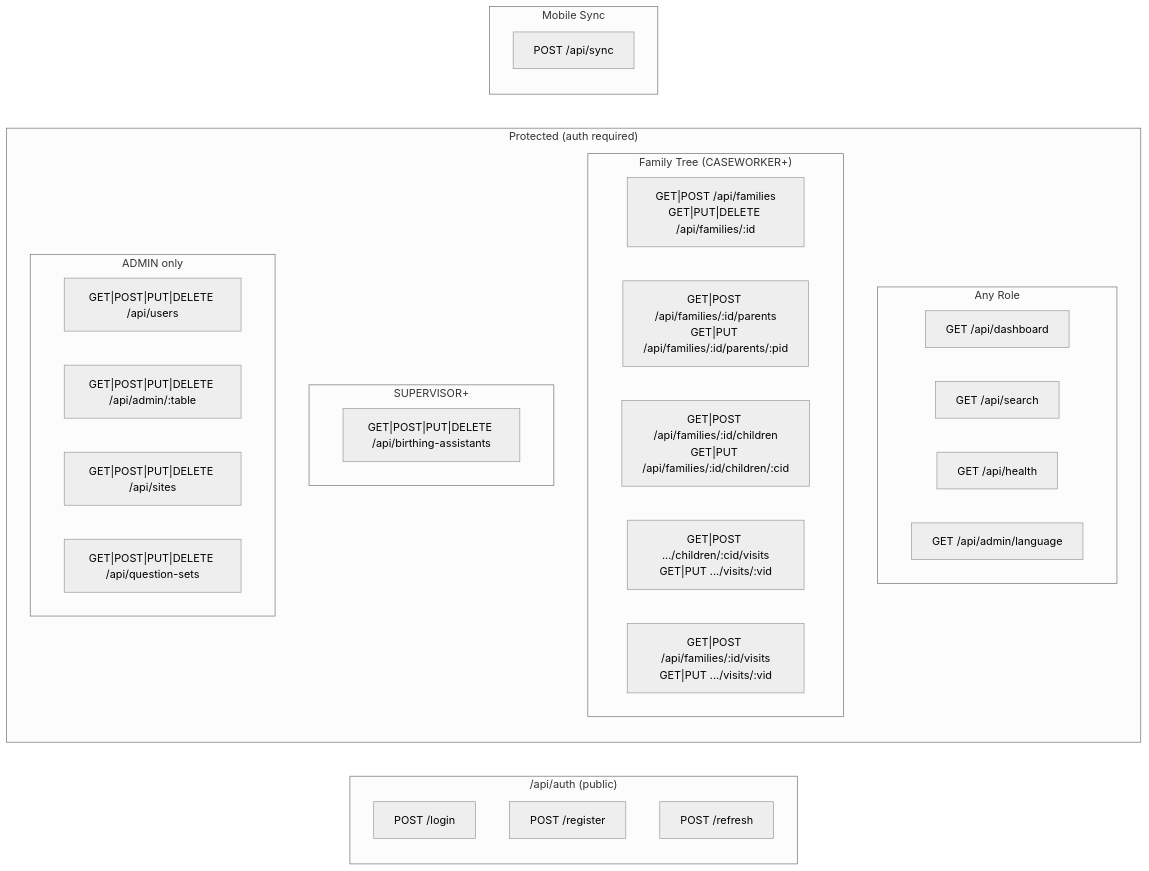
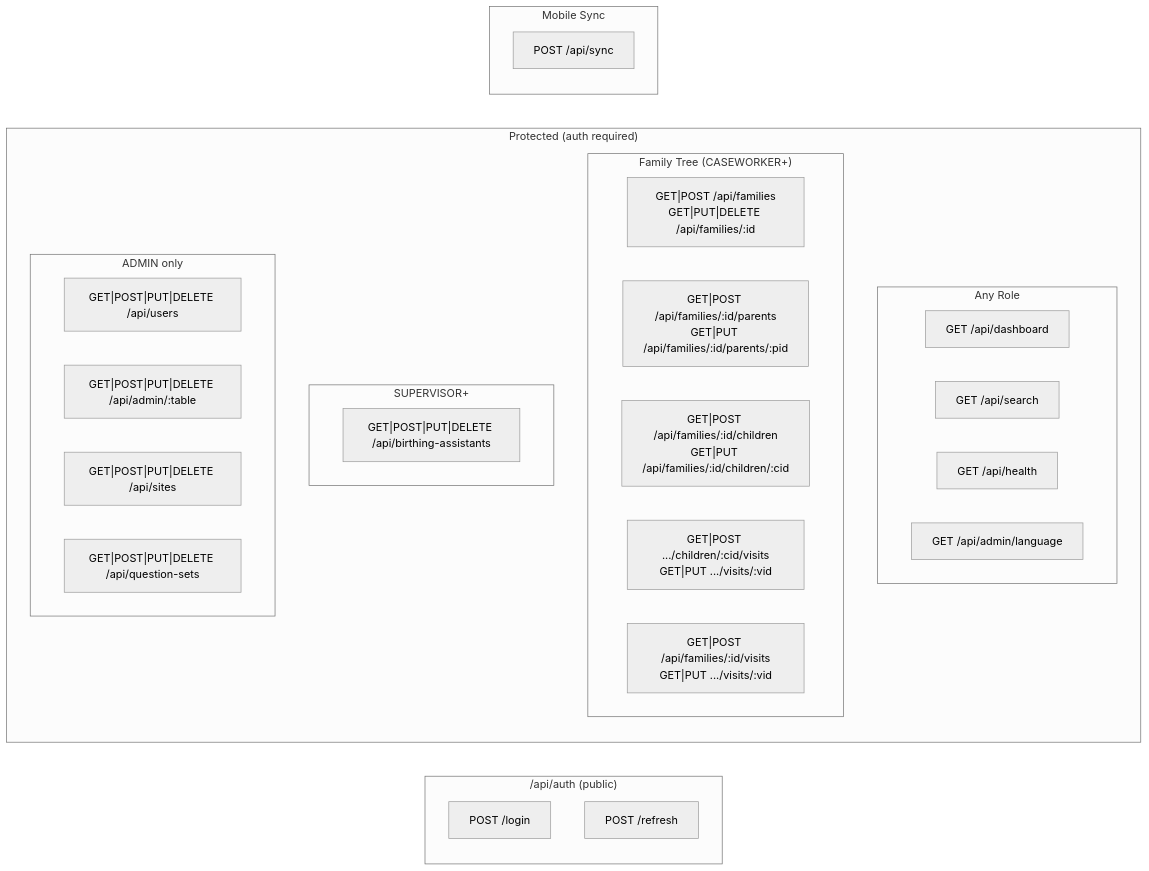
Before and after one commit to the-humble-village/naru_website: the fourth of 10 diagrams in ARCHITECTURE.md, drawn with Mermaid (neutral theme). The commit also changed 8 other files, not shown here.

````diff
--- a/ARCHITECTURE.md
+++ b/ARCHITECTURE.md
@@ -127,40 +127,39 @@
 ```mermaid
 graph LR
     subgraph Public["/api/auth (public)"]
         Login["POST /login"]
-        Register["POST /register"]
         Refresh["POST /refresh"]
     end
 
     subgraph Protected["Protected (auth required)"]
         subgraph AnyRole["Any Role"]
             Dashboard["GET /api/dashboard"]
             Search["GET /api/search"]
             Health["GET /api/health"]
             Lang["GET /api/admin/language"]
         end
 
         subgraph FamilyTree["Family Tree (CASEWORKER+)"]
             Families["GET|POST /api/families<br/>GET|PUT|DELETE /api/families/:id"]
             Parents["GET|POST /api/families/:id/parents<br/>GET|PUT /api/families/:id/parents/:pid"]
             Children["GET|POST /api/families/:id/children<br/>GET|PUT /api/families/:id/children/:cid"]
             ChildVisits["GET|POST .../children/:cid/visits<br/>GET|PUT .../visits/:vid"]
             FamilyVisits["GET|POST /api/families/:id/visits<br/>GET|PUT .../visits/:vid"]
         end
 
         subgraph SupervisorPlus["SUPERVISOR+"]
             BA["GET|POST|PUT|DELETE /api/birthing-assistants"]
         end
 
         subgraph AdminOnly["ADMIN only"]
             Users["GET|POST|PUT|DELETE /api/users"]
             AdminLookups["GET|POST|PUT|DELETE /api/admin/:table"]
             Sites["GET|POST|PUT|DELETE /api/sites"]
             QSets["GET|POST|PUT|DELETE /api/question-sets"]
         end
     end
 
     subgraph MobileSync["Mobile Sync"]
         Sync["POST /api/sync"]
     end
 ```
````
